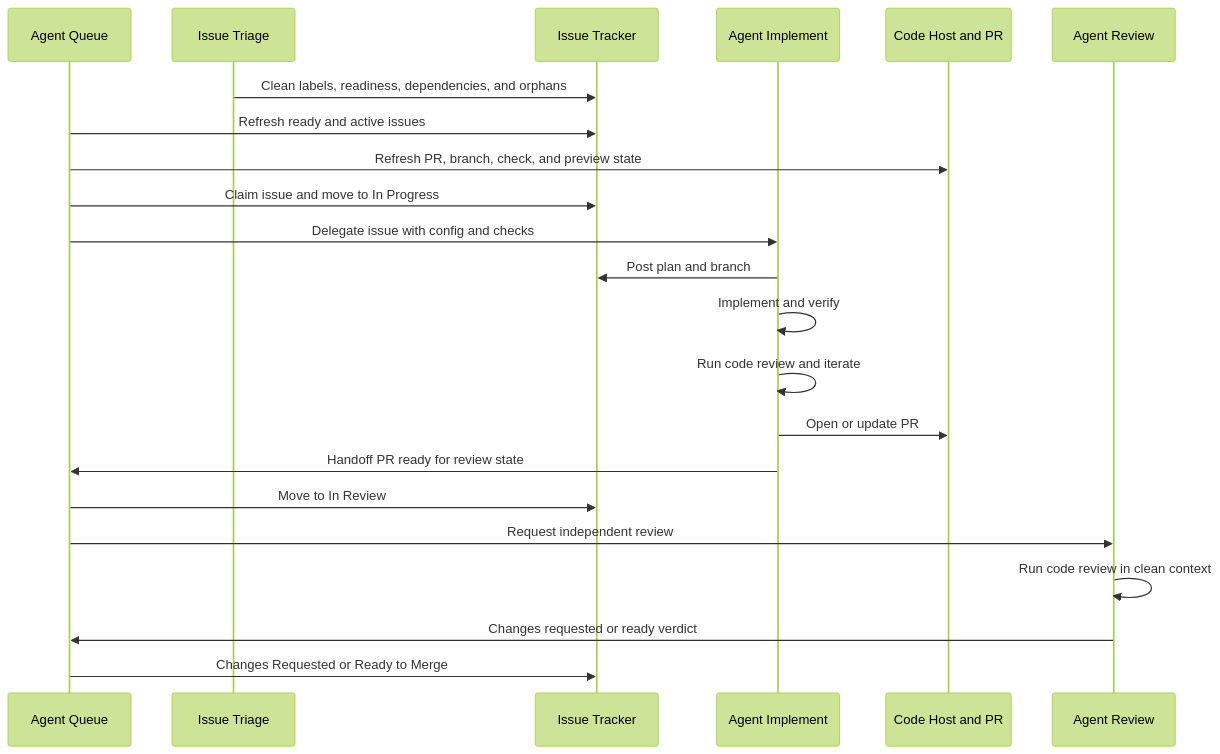
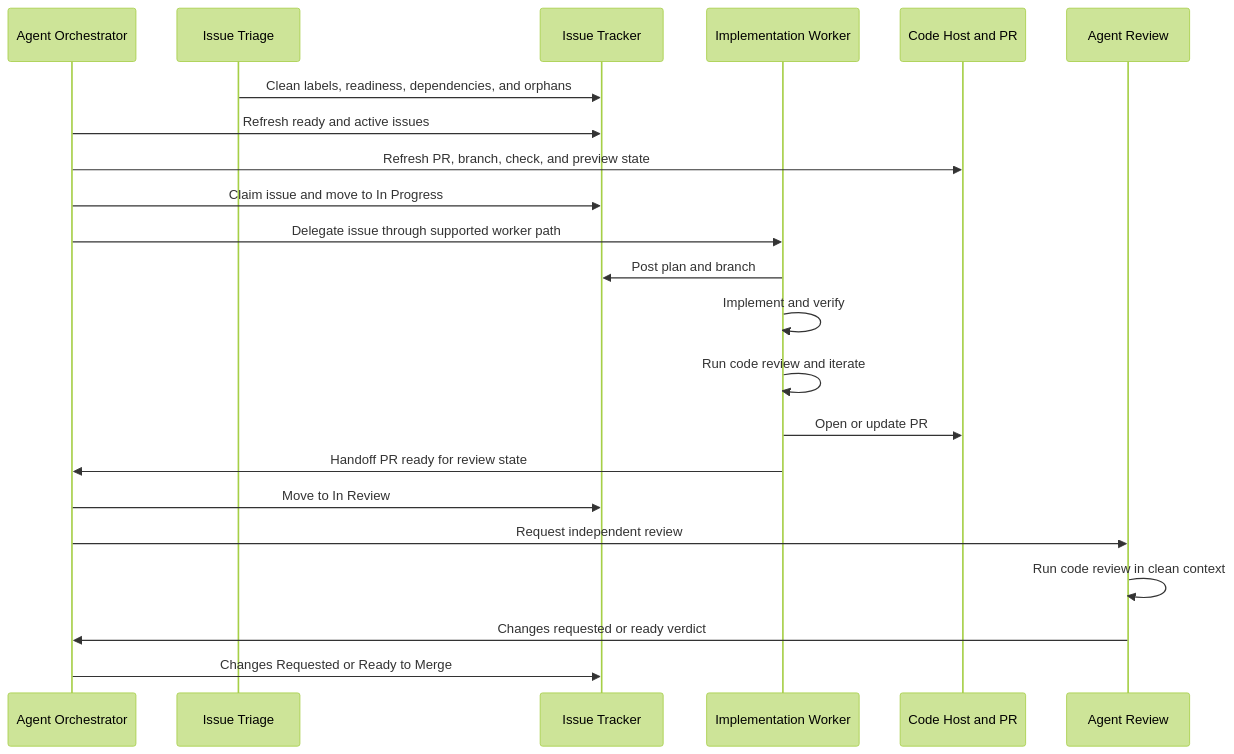
The second of 2 diagrams in docs/agent-workflow.md (zaks-io/skills), drawn with Mermaid (forest theme) before and after one commit. The commit also changed other lines of this file and 19 other files, not shown here.

````diff
--- a/docs/agent-workflow.md
+++ b/docs/agent-workflow.md
@@ -81,25 +116,25 @@
 ```mermaid
 sequenceDiagram
-  participant Q as Agent Queue
+  participant Q as Agent Orchestrator
   participant I as Issue Triage
   participant T as Issue Tracker
-  participant W as Agent Implement
+  participant W as Implementation Worker
   participant G as Code Host and PR
   participant R as Agent Review
 
   I->>T: Clean labels, readiness, dependencies, and orphans
   Q->>T: Refresh ready and active issues
   Q->>G: Refresh PR, branch, check, and preview state
   Q->>T: Claim issue and move to In Progress
-  Q->>W: Delegate issue with config and checks
+  Q->>W: Delegate issue through supported worker path
   W->>T: Post plan and branch
   W->>W: Implement and verify
   W->>W: Run code review and iterate
   W->>G: Open or update PR
   W->>Q: Handoff PR ready for review state
   Q->>T: Move to In Review
   Q->>R: Request independent review
   R->>R: Run code review in clean context
   R->>Q: Changes requested or ready verdict
   Q->>T: Changes Requested or Ready to Merge
 ```
````
